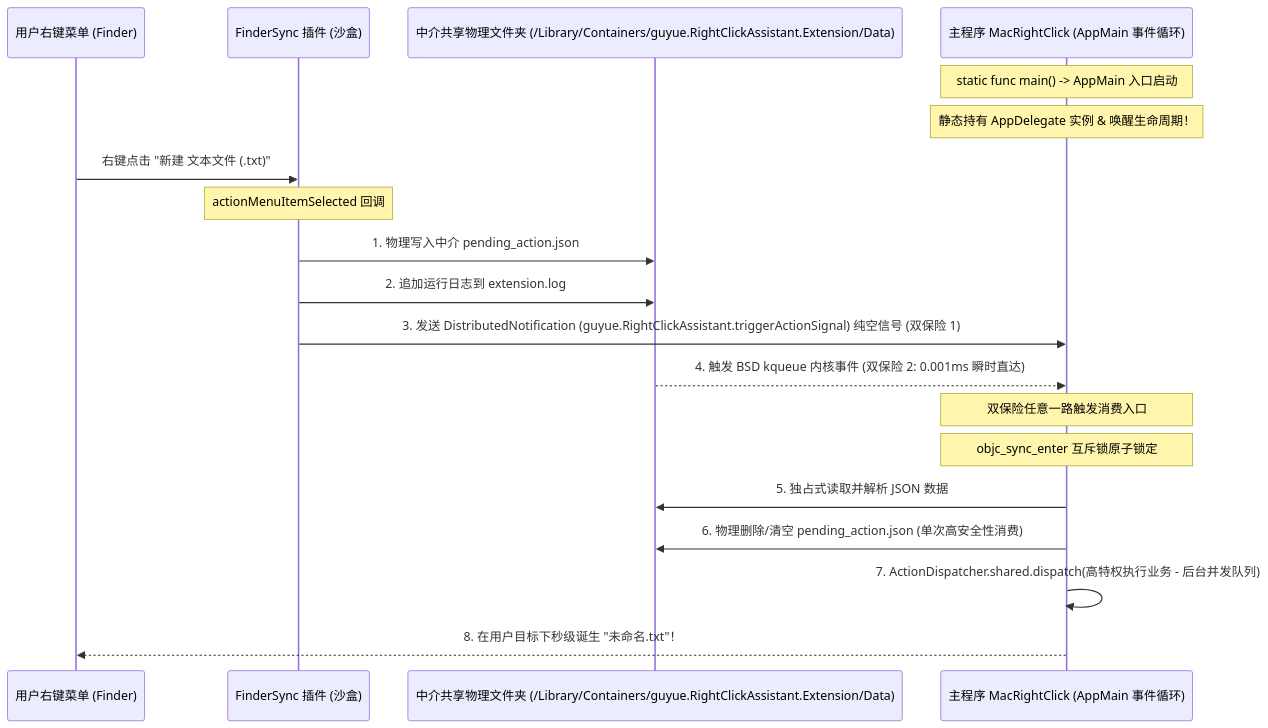
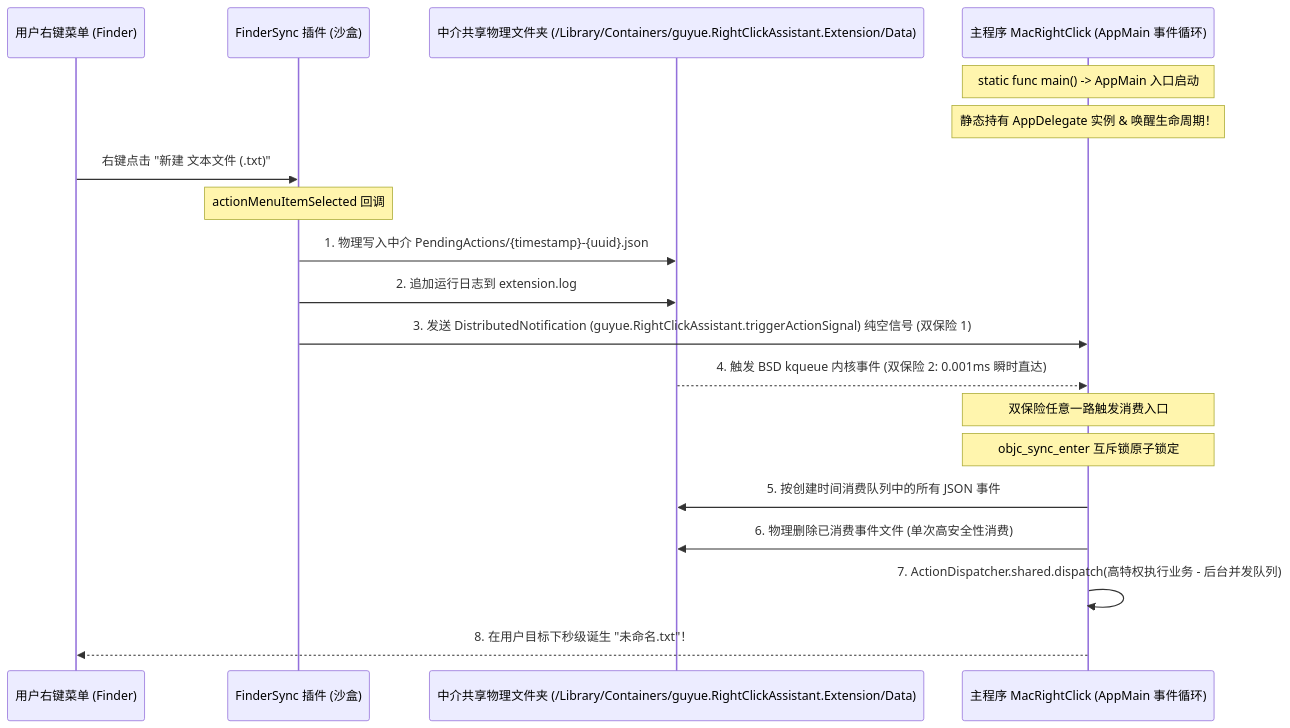
Before and after one commit to guyue55/MacRightClick: the diagram in README.md, drawn with Mermaid. The commit also changed other lines of this file and 19 other files, not shown here.

````diff
--- a/README.md
+++ b/README.md
@@ -48,26 +48,26 @@
 ```mermaid
 sequenceDiagram
     participant User as 用户右键菜单 (Finder)
     participant FS as FinderSync 插件 (沙盒)
     participant SC as 中介共享物理文件夹 (/Library/Containers/guyue.RightClickAssistant.Extension/Data)
     participant Host as 主程序 MacRightClick (AppMain 事件循环)
     
     Note over Host: static func main() -> AppMain 入口启动
     Note over Host: 静态持有 AppDelegate 实例 & 唤醒生命周期！
     
     User->>FS: 右键点击 "新建 文本文件 (.txt)"
     Note over FS: actionMenuItemSelected 回调
-    FS->>SC: 1. 物理写入中介 pending_action.json
+    FS->>SC: 1. 物理写入中介 PendingActions/{timestamp}-{uuid}.json
     FS->>SC: 2. 追加运行日志到 extension.log
     FS->>Host: 3. 发送 DistributedNotification (guyue.RightClickAssistant.triggerActionSignal) 纯空信号 (双保险 1)
     SC-->>Host: 4. 触发 BSD kqueue 内核事件 (双保险 2: 0.001ms 瞬时直达)
     
     Note over Host: 双保险任意一路触发消费入口
     Note over Host: objc_sync_enter 互斥锁原子锁定
     
-    Host->>SC: 5. 独占式读取并解析 JSON 数据
-    Host->>SC: 6. 物理删除/清空 pending_action.json (单次高安全性消费)
+    Host->>SC: 5. 按创建时间消费队列中的所有 JSON 事件
+    Host->>SC: 6. 物理删除已消费事件文件 (单次高安全性消费)
     
     Host->>Host: 7. ActionDispatcher.shared.dispatch(高特权执行业务 - 后台并发队列)
     Host-->>User: 8. 在用户目标下秒级诞生 "未命名.txt"！
 ```
````
